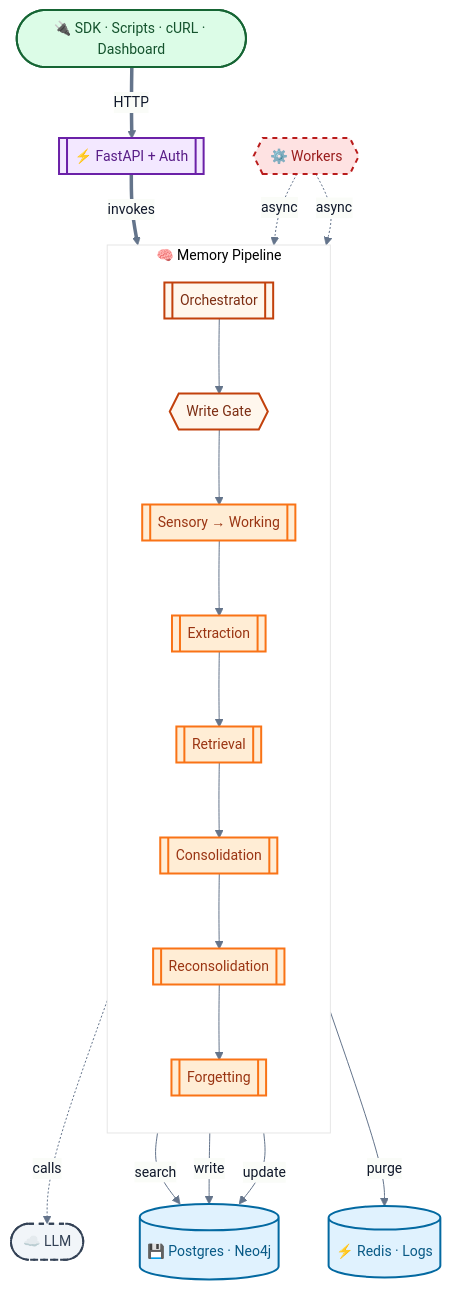
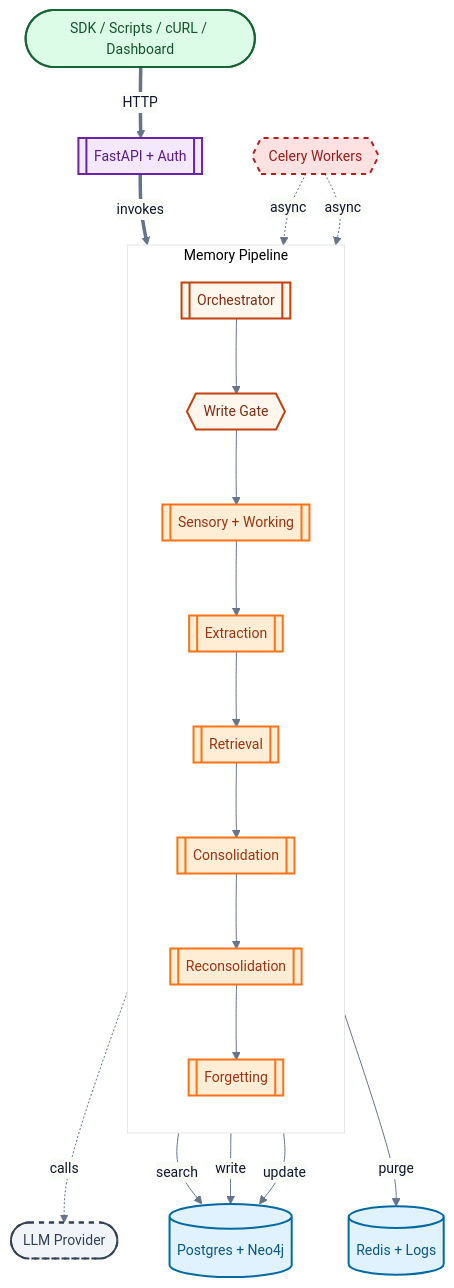
One commit to avinash-mall/CognitiveMemoryLayer changed the first of 13 diagrams in README.md. Above: the diagram before and after it, drawn with Mermaid. The commit also changed other lines of this file and 105 other files, not shown here.

````diff
--- a/README.md
+++ b/README.md
@@ -93,53 +124,53 @@
 ```mermaid
 %%{
   init: {
     'theme': 'base',
     'flowchart': { 'useMaxWidth': true },
     'themeVariables': {
       'primaryColor': '#F8FAFC',
       'primaryTextColor': '#0F172A',
       'primaryBorderColor': '#475569',
       'lineColor': '#64748B',
       'tertiaryColor': '#ffffff',
       'fontSize': '14px'
     }
   }
 }%%
 flowchart TD
     classDef client fill:#dcfce7,stroke:#166534,stroke-width:2px,color:#14532d
     classDef api fill:#f3e8ff,stroke:#6b21a8,stroke-width:2px,color:#581c87
     classDef orch fill:#fff7ed,stroke:#c2410c,stroke-width:2px,color:#7c2d12
     classDef module fill:#ffedd5,stroke:#f97316,stroke-width:2px,color:#9a3412
     classDef db fill:#e0f2fe,stroke:#0369a1,stroke-width:2px,color:#075985
     classDef worker fill:#fee2e2,stroke:#b91c1c,stroke-width:2px,stroke-dasharray:5 5,color:#991b1b
     classDef external fill:#f1f5f9,stroke:#334155,stroke-width:2px,stroke-dasharray:5 5,color:#334155
 
-    C(["🔌 SDK · Scripts · cURL · Dashboard"]):::client
-    C ==>|HTTP| A[["⚡ FastAPI + Auth"]]:::api
+    C(["SDK / Scripts / cURL / Dashboard"]):::client
+    C ==>|HTTP| A[["FastAPI + Auth"]]:::api
     A ==>|invokes| O
 
-    subgraph Core ["🧠 Memory Pipeline"]
+    subgraph Core ["Memory Pipeline"]
         direction TB
         O[["Orchestrator"]]:::orch
         WG{{"Write Gate"}}:::orch
-        Sens[["Sensory → Working"]]:::module
+        Sens[["Sensory + Working"]]:::module
         Ext[["Extraction"]]:::module
         Ret[["Retrieval"]]:::module
         Con[["Consolidation"]]:::module
         Rec[["Reconsolidation"]]:::module
         Fgt[["Forgetting"]]:::module
         O --> WG --> Sens --> Ext --> Ret
         Ret --> Con --> Rec --> Fgt
     end
 
-    Ext -.->|calls| LLM(["☁️ LLM"]):::external
+    Ext -.->|calls| LLM(["LLM Provider"]):::external
 
-    Ret -->|search| DB[("💾 Postgres · Neo4j")]:::db
+    Ret -->|search| DB[("Postgres + Neo4j")]:::db
     Con -->|write| DB
     Rec -->|update| DB
-    Fgt -->|purge| Cache[("⚡ Redis · Logs")]:::db
+    Fgt -->|purge| Cache[("Redis + Logs")]:::db
 
-    W{{"⚙️ Workers"}}:::worker
+    W{{"Celery Workers"}}:::worker
     W -.->|async| Con
     W -.->|async| Fgt
 ```
````
